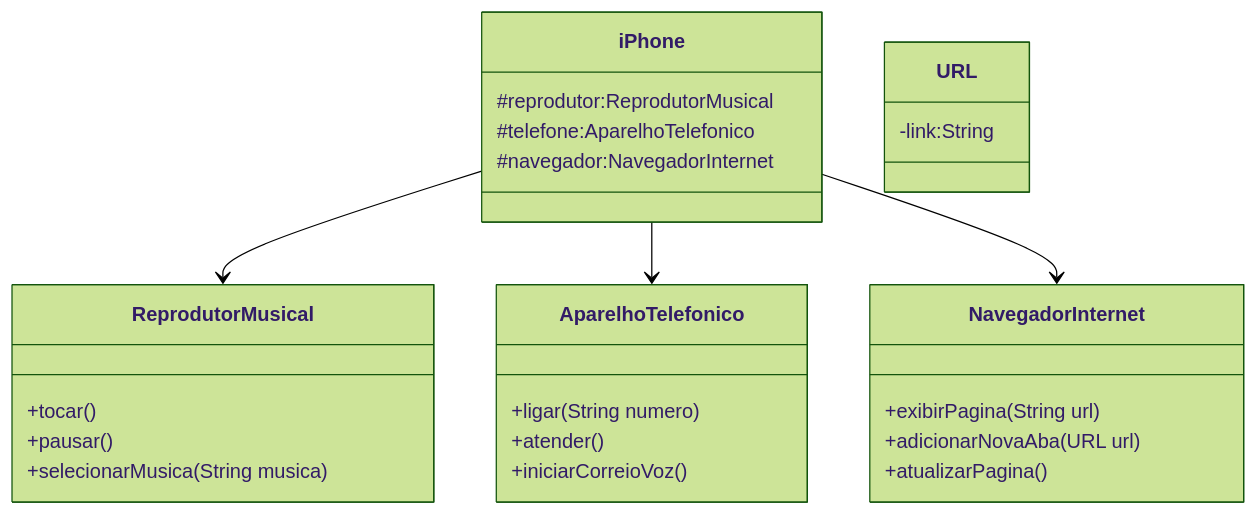
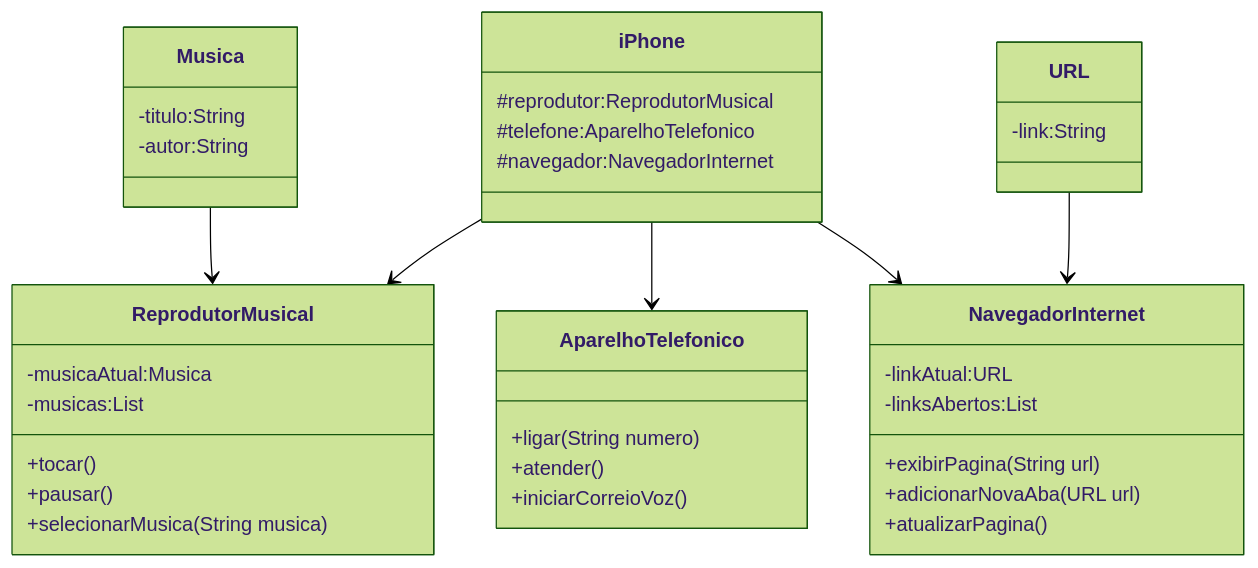
Before and after one commit to Lilian-Goncalves-de-Almeida/dio-trilha-java-basico-modelagem-diagrama-iPhone: the diagram in README.md, drawn with Mermaid (forest theme).

Commit message:
Update README.md 4

````diff
--- a/README.md
+++ b/README.md
@@ -6,34 +6,45 @@
 ```mermaid
 classDiagram
     class ReprodutorMusical {
+        -musicaAtual:Musica
+        -musicas:List<Musica>
         +tocar()
         +pausar()
         +selecionarMusica(String musica)
     }
 
     class AparelhoTelefonico {
         +ligar(String numero)
         +atender()
         +iniciarCorreioVoz()
     }
 
     class NavegadorInternet {
+        -linkAtual:URL
+        -linksAbertos:List<URL>
         +exibirPagina(String url)
         +adicionarNovaAba(URL url)
         +atualizarPagina()
     }
 
     class iPhone {
         #reprodutor:ReprodutorMusical
         #telefone:AparelhoTelefonico
         #navegador:NavegadorInternet
     }
 
+    class Musica {
+        -titulo:String
+        -autor:String
+    }
+
     class URL {
         -link:String
     }
 
     iPhone --> ReprodutorMusical
     iPhone --> AparelhoTelefonico
     iPhone --> NavegadorInternet
+    Musica --> ReprodutorMusical
+    URL --> NavegadorInternet
 ```
````
